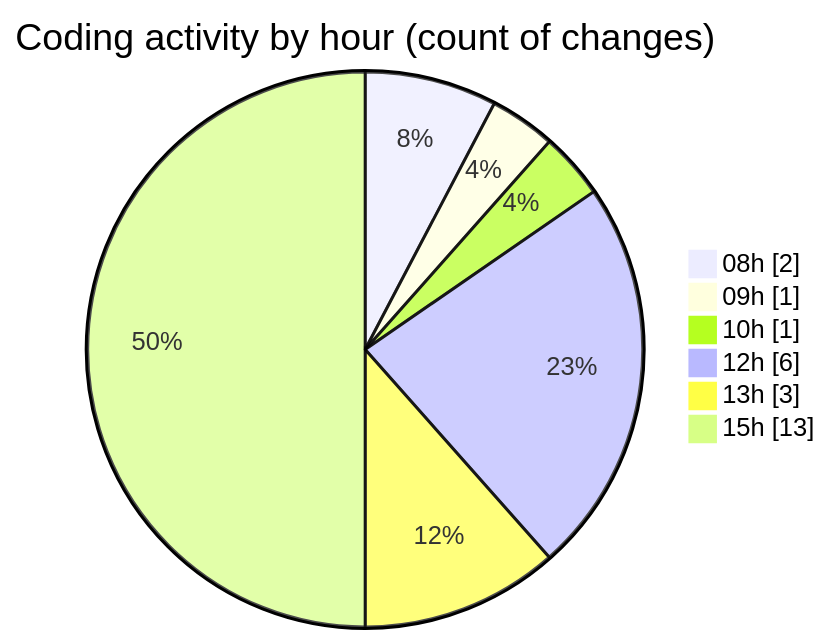
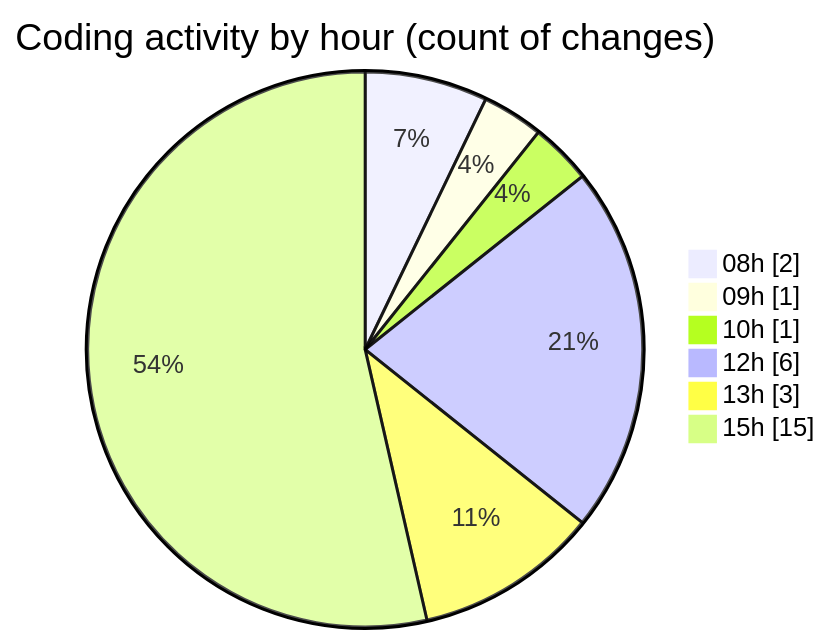
One commit to nxtqubesakshisongat/code-tracking changed the second of 2 diagrams in 2025-10-09/nxtqube_webapp/README.md. Above: the diagram before and after it, drawn with Mermaid. The commit also changed other lines of this file and 1 other file, not shown here.

````diff
--- a/2025-10-09/nxtqube_webapp/README.md
+++ b/2025-10-09/nxtqube_webapp/README.md
@@ -28,10 +28,10 @@
 ```mermaid
 pie showData
 title Coding activity by hour (count of changes)
 "08h" : 2
 "09h" : 1
 "10h" : 1
 "12h" : 6
 "13h" : 3
-"15h" : 13
+"15h" : 15
 ```
````
